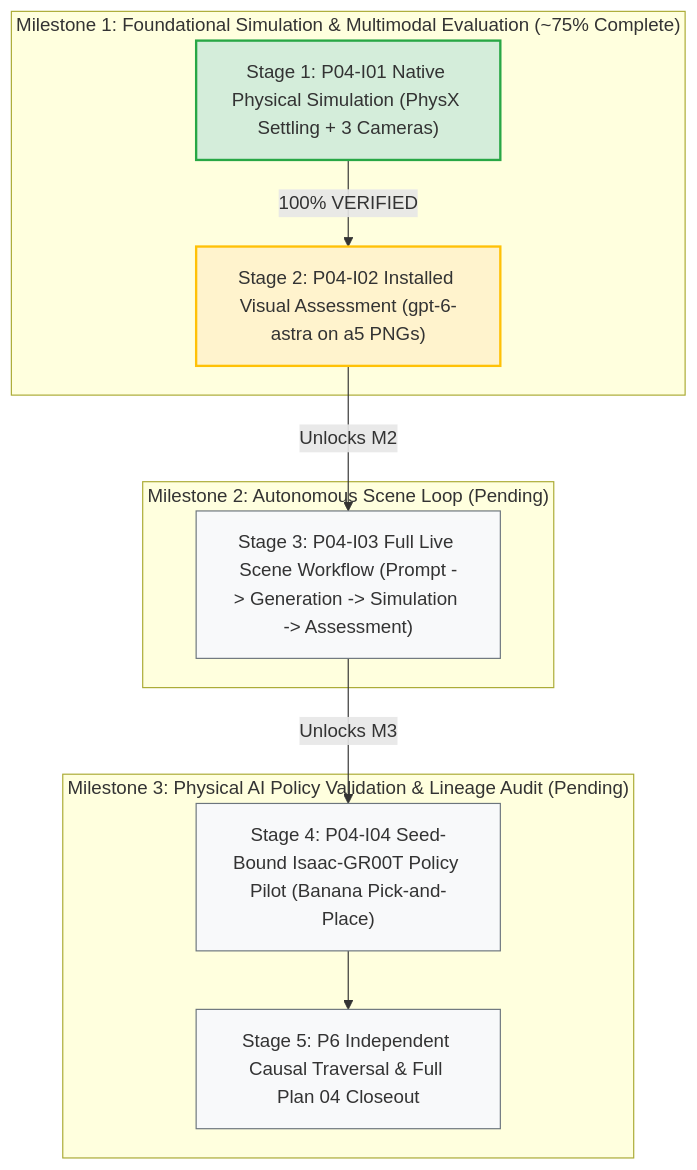
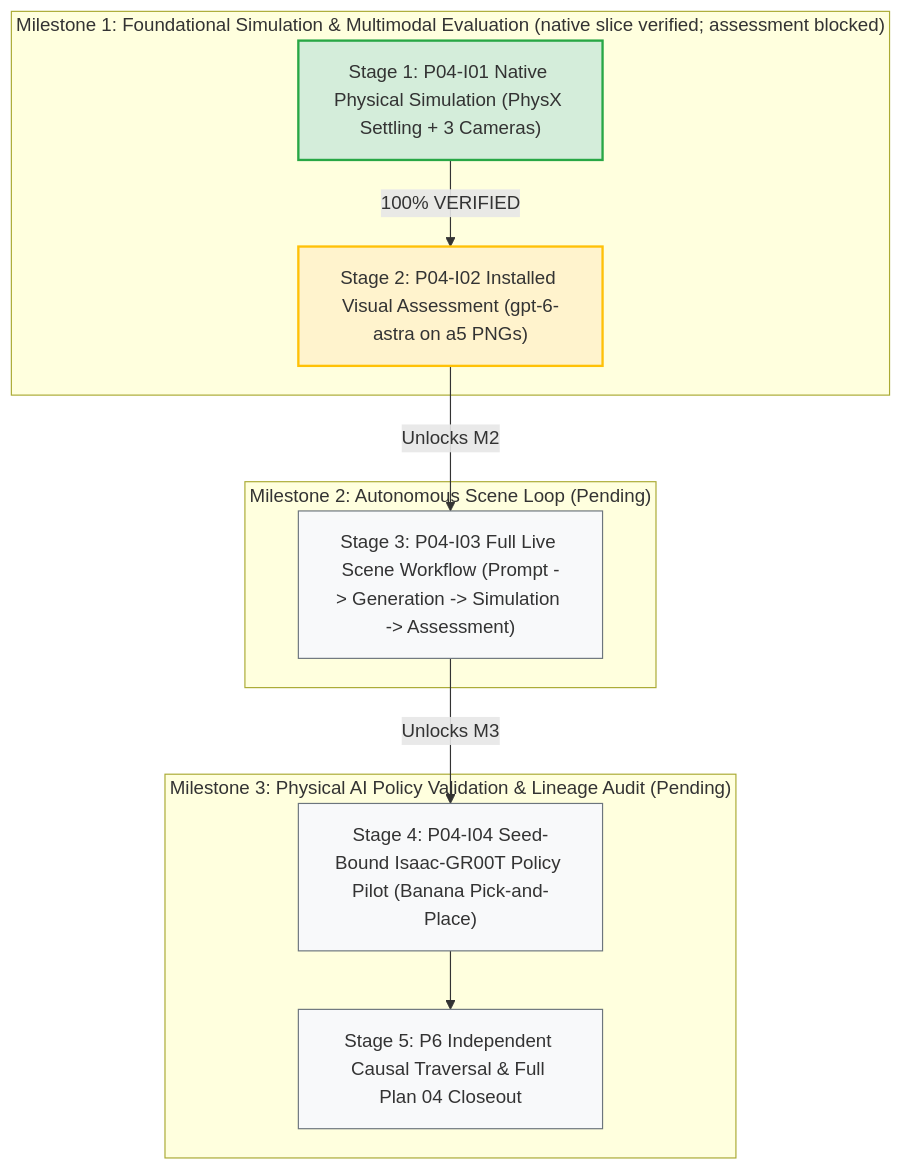
One commit to boredengineering/IsaacLab-Arena changed the first of 2 diagrams in .agents/references/plans/plan04_implementation/how-far-to-finish-plan04.md. Above: the diagram before and after it, drawn with Mermaid. The commit also changed other lines of this file and 6 other files, not shown here.

````diff
--- a/.agents/references/plans/plan04_implementation/how-far-to-finish-plan04.md
+++ b/.agents/references/plans/plan04_implementation/how-far-to-finish-plan04.md
@@ -26,21 +32,21 @@
 ```mermaid
 flowchart TD
-    subgraph M1["Milestone 1: Foundational Simulation & Multimodal Evaluation (~75% Complete)"]
+    subgraph M1["Milestone 1: Foundational Simulation & Multimodal Evaluation (native slice verified; assessment blocked)"]
         S1["Stage 1: P04-I01 Native Physical Simulation (PhysX Settling + 3 Cameras)"] -->|100% VERIFIED| S2["Stage 2: P04-I02 Installed Visual Assessment (gpt-6-astra on a5 PNGs)"]
     end
 
     subgraph M2["Milestone 2: Autonomous Scene Loop (Pending)"]
         S2 -->|Unlocks M2| S3["Stage 3: P04-I03 Full Live Scene Workflow (Prompt -> Generation -> Simulation -> Assessment)"]
     end
 
     subgraph M3["Milestone 3: Physical AI Policy Validation & Lineage Audit (Pending)"]
         S3 -->|Unlocks M3| S4["Stage 4: P04-I04 Seed-Bound Isaac-GR00T Policy Pilot (Banana Pick-and-Place)"]
         S4 --> S5["Stage 5: P6 Independent Causal Traversal & Full Plan 04 Closeout"]
     end
 
     style S1 fill:#d4edda,stroke:#28a745,stroke-width:2px;
     style S2 fill:#fff3cd,stroke:#ffc107,stroke-width:2px;
     style S3 fill:#f8f9fa,stroke:#6c757d,stroke-width:1px;
     style S4 fill:#f8f9fa,stroke:#6c757d,stroke-width:1px;
     style S5 fill:#f8f9fa,stroke:#6c757d,stroke-width:1px;
 ```
````
